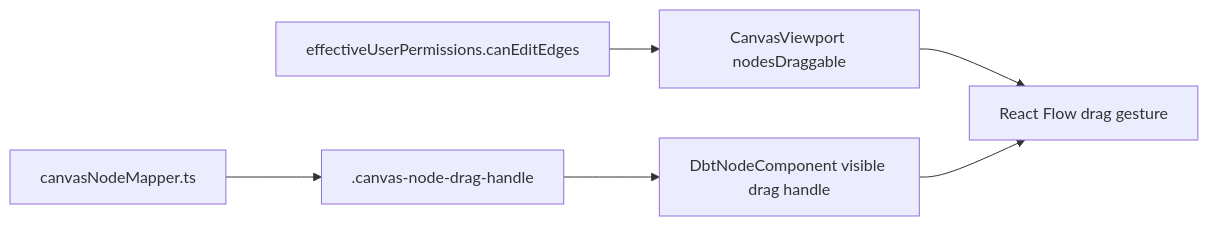
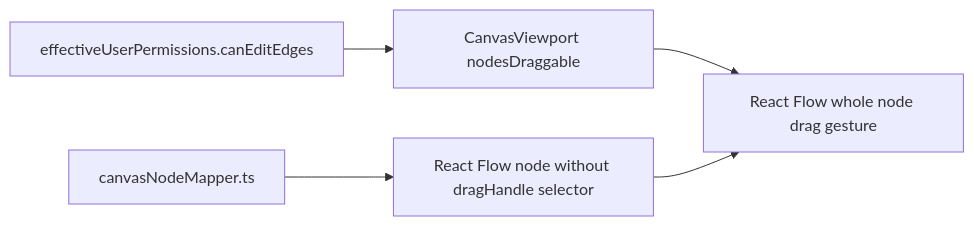
One commit to dunay2/dvt changed the fourth of 7 diagrams in docs/architecture/components/web/graph/canvas-startup-and-draft-recovery-component.md. Above: the diagram before and after it, drawn with Mermaid. The commit also changed other lines of this file and 50 other files, not shown here.

Commit message:
feat(web): Improve Canvas node dragging and grid controls

````diff
--- a/docs/architecture/components/web/graph/canvas-startup-and-draft-recovery-component.md
+++ b/docs/architecture/components/web/graph/canvas-startup-and-draft-recovery-component.md
@@ -191,8 +191,7 @@
 ```mermaid
 flowchart LR
   Policy["effectiveUserPermissions.canEditEdges"] --> Viewport["CanvasViewport nodesDraggable"]
-  Mapper["canvasNodeMapper.ts"] --> Selector[".canvas-node-drag-handle"]
-  Selector --> NodeHandle["DbtNodeComponent visible drag handle"]
-  Viewport --> Gesture["React Flow drag gesture"]
-  NodeHandle --> Gesture
+  Mapper["canvasNodeMapper.ts"] --> Node["React Flow node without dragHandle selector"]
+  Viewport --> Gesture["React Flow whole node drag gesture"]
+  Node --> Gesture
 ```
````
